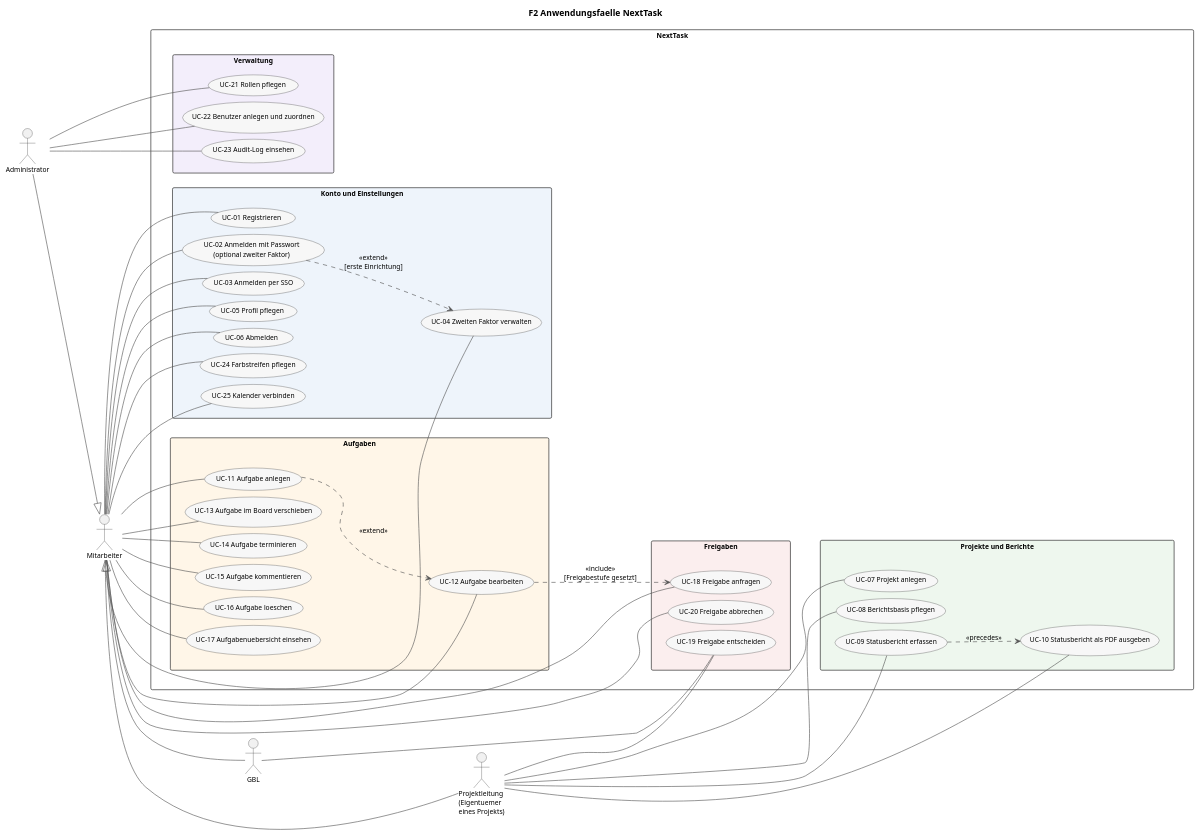
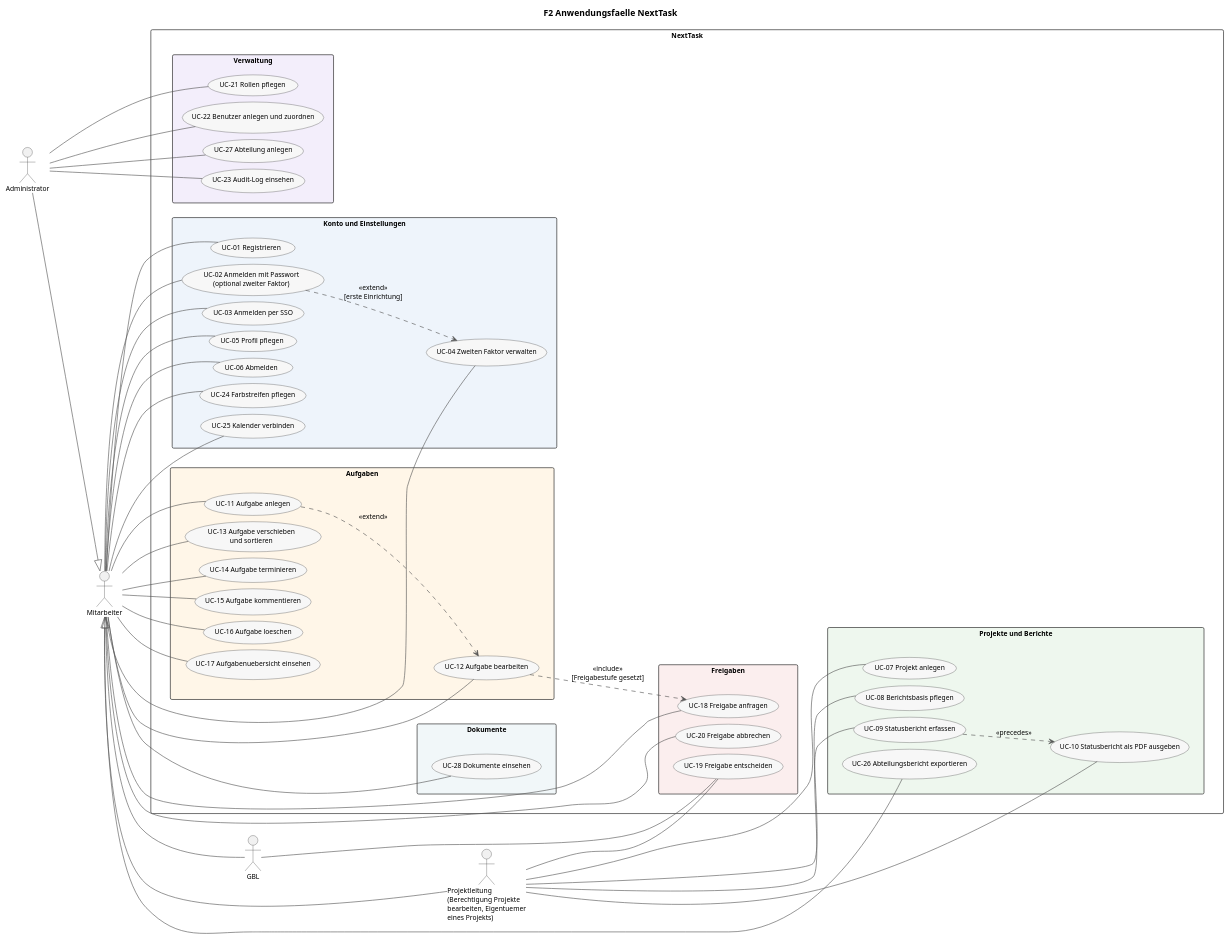
Before and after one commit to Jonas-Aaron-Raab/NextTask: the diagram in docs/spec/diagrams/f2-anwendungsfaelle.plantuml, drawn with PlantUML. The commit also changed 19 other files, not shown here.

```diff
--- a/docs/spec/diagrams/f2-anwendungsfaelle.plantuml
+++ b/docs/spec/diagrams/f2-anwendungsfaelle.plantuml
@@ -1,118 +1,127 @@
 @startuml f2-anwendungsfaelle
 skinparam shadowing false
 skinparam defaultFontName Helvetica
 skinparam defaultFontSize 11
 skinparam ArrowColor #555555
 skinparam packageStyle rectangle
 skinparam usecase {
   BackgroundColor #F7F7F7
   BorderColor #333333
 }
 skinparam actorBorderColor #333333
 skinparam nodesep 10
 skinparam ranksep 60
 left to right direction
 
 title F2 Anwendungsfaelle NextTask
 
 ' Akteure links, von oben nach unten in der Reihenfolge der Pakete,
 ' mit denen sie verbunden sind. Projektleitung, GBL und Administrator
 ' sind Spezialisierungen von Mitarbeiter: Sie koennen alles, was ein
 ' Mitarbeiter kann, und zusaetzlich die hier gezeichneten Faelle.
 ' Unterstuetzende Nachbarsysteme (Identity Provider, Google Calendar,
 ' SMTP) sind nicht gezeichnet; siehe P2 und S1.
 
 actor "Administrator" as ADM
 actor "Mitarbeiter" as MA
 actor "GBL" as GBL
-actor "Projektleitung\n(Eigentuemer\neines Projekts)" as PL
+actor "Projektleitung\n(Berechtigung Projekte\nbearbeiten, Eigentuemer\neines Projekts)" as PL
 
 rectangle "NextTask" {
   package "Verwaltung" #F3EEFB {
     usecase "UC-21 Rollen pflegen" as UC21
     usecase "UC-22 Benutzer anlegen und zuordnen" as UC22
+    usecase "UC-27 Abteilung anlegen" as UC27
     usecase "UC-23 Audit-Log einsehen" as UC23
   }
   package "Konto und Einstellungen" #EEF4FB {
     usecase "UC-01 Registrieren" as UC01
     usecase "UC-02 Anmelden mit Passwort\n(optional zweiter Faktor)" as UC02
     usecase "UC-03 Anmelden per SSO" as UC03
     usecase "UC-04 Zweiten Faktor verwalten" as UC04
     usecase "UC-05 Profil pflegen" as UC05
     usecase "UC-06 Abmelden" as UC06
     usecase "UC-24 Farbstreifen pflegen" as UC24
     usecase "UC-25 Kalender verbinden" as UC25
   }
   package "Aufgaben" as AUF #FFF6E8 {
     usecase "UC-11 Aufgabe anlegen" as UC11
     usecase "UC-12 Aufgabe bearbeiten" as UC12
-    usecase "UC-13 Aufgabe im Board verschieben" as UC13
+    usecase "UC-13 Aufgabe verschieben\nund sortieren" as UC13
     usecase "UC-14 Aufgabe terminieren" as UC14
     usecase "UC-15 Aufgabe kommentieren" as UC15
     usecase "UC-16 Aufgabe loeschen" as UC16
     usecase "UC-17 Aufgabenuebersicht einsehen" as UC17
+  }
+  package "Dokumente" as DOK #F1F7F9 {
+    usecase "UC-28 Dokumente einsehen" as UC28
   }
   package "Freigaben" as FRE #FBEEEE {
     usecase "UC-18 Freigabe anfragen" as UC18
     usecase "UC-19 Freigabe entscheiden" as UC19
     usecase "UC-20 Freigabe abbrechen" as UC20
   }
   package "Projekte und Berichte" as PRJ #EEF7EE {
     usecase "UC-07 Projekt anlegen" as UC07
     usecase "UC-08 Berichtsbasis pflegen" as UC08
     usecase "UC-09 Statusbericht erfassen" as UC09
     usecase "UC-10 Statusbericht als PDF ausgeben" as UC10
+    usecase "UC-26 Abteilungsbericht exportieren" as UC26
   }
 }
 
 ' Administrator
 ADM -- UC21
 ADM -- UC22
+ADM -- UC27
 ADM -- UC23
 
 ' Mitarbeiter
 MA -- UC01
 MA -- UC02
 MA -- UC03
 MA -- UC04
 MA -- UC05
 MA -- UC06
 MA -- UC24
 MA -- UC25
 MA -- UC11
 MA -- UC12
 MA -- UC13
 MA -- UC14
 MA -- UC15
 MA -- UC16
 MA -- UC17
+MA -- UC28
 MA -- UC18
 MA -- UC20
+MA -- UC26
 
 ' GBL
 GBL -- UC19
 
 ' Projektleitung
 PL -- UC19
 PL -- UC07
 PL -- UC08
 PL -- UC09
 PL -- UC10
 
 ' Spezialisierung
 ADM -[hidden]down- MA
 MA -[hidden]down- GBL
 GBL -[hidden]down- PL
 ADM --|> MA
 GBL --|> MA
 PL --|> MA
 
-AUF -[hidden]down- FRE
+AUF -[hidden]down- DOK
+DOK -[hidden]down- FRE
 FRE -[hidden]down- PRJ
 
 ' Beziehungen zwischen Anwendungsfaellen
 UC02 ..> UC04 : <<extend>>\n[erste Einrichtung]
 UC11 ..> UC12 : <<extend>>
 UC12 ..> UC18 : <<include>>\n[Freigabestufe gesetzt]
 UC09 ..> UC10 : <<precedes>>
 @enduml
```
